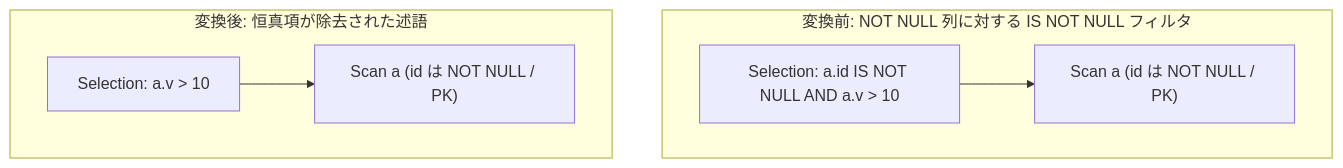
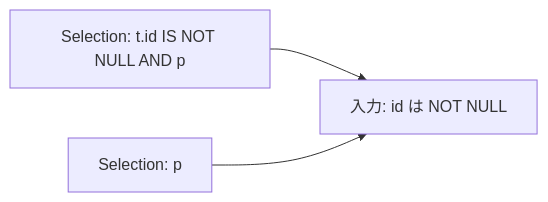
One commit to kumagi/tinylamb changed the diagram in docs/opt/part2-rules/logical/not_null_is_not_null_elimination.md. Above: the diagram before and after it, drawn with Mermaid. The commit also changed other lines of this file and 559 other files, not shown here.

````diff
--- a/docs/opt/part2-rules/logical/not_null_is_not_null_elimination.md
+++ b/docs/opt/part2-rules/logical/not_null_is_not_null_elimination.md
@@ -16,9 +12,5 @@
 ```mermaid
-graph TD
-  subgraph before["変換前: NOT NULL 列に対する IS NOT NULL フィルタ"]
-    F1["Selection: a.id IS NOT NULL AND a.v > 10"] --> S1["Scan a (id は NOT NULL / PK)"]
-  end
-  subgraph after["変換後: 恒真項が除去された述語"]
-    F2["Selection: a.v > 10"] --> S2["Scan a (id は NOT NULL / PK)"]
-  end
+graph LR
+  A[Selection: t.id IS NOT NULL AND p] --> X[入力: id は NOT NULL]
+  B[Selection: p] --> X
 ```
````
